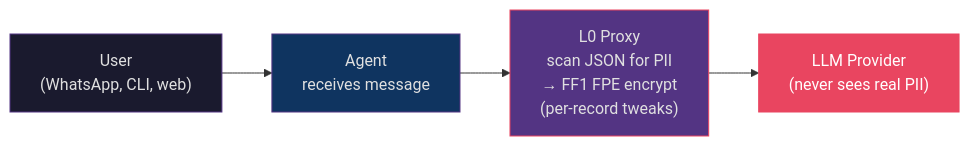
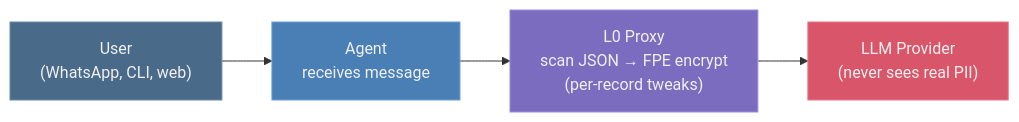
The sixth of 15 diagrams in ARCHITECTURE.md (OpenObscure/OpenObscure), drawn with Mermaid before and after one commit. The commit also changed other lines of this file and 7 other files, not shown here.

First line of the commit message:
Improve diagrams, screenshot, and repo hygiene

````diff
--- a/ARCHITECTURE.md
+++ b/ARCHITECTURE.md
@@ -324,11 +324,11 @@
 ```mermaid
 flowchart LR
-    user["User\n(WhatsApp, CLI, web)"] --> agent["Agent\nreceives message"]
-    agent --> l0["L0 Proxy\nscan JSON for PII\n→ FF1 FPE encrypt\n(per-record tweaks)"]
-    l0 --> llm["LLM Provider\n(never sees real PII)"]
+    user["User<br>(WhatsApp, CLI, web)"] --> agent["Agent<br>receives message"]
+    agent --> l0["L0 Proxy<br>scan JSON → FPE encrypt<br>(per-record tweaks)"]
+    l0 --> llm["LLM Provider<br>(never sees real PII)"]
 
-    style user fill:#1a1a2e,stroke:#533483,color:#e0e0e0
-    style agent fill:#0f3460,stroke:#533483,color:#e0e0e0
-    style l0 fill:#533483,stroke:#e94560,color:#e0e0e0
-    style llm fill:#e94560,stroke:#e94560,color:#fff
+    style user fill:#4a6a8a,stroke:#6a8aaa,color:#f0f0f0
+    style agent fill:#4a7fb5,stroke:#6a9fd5,color:#f0f0f0
+    style l0 fill:#7c6cbf,stroke:#9c8cdf,color:#f0f0f0
+    style llm fill:#d9556a,stroke:#e97585,color:#f0f0f0
 ```
````
